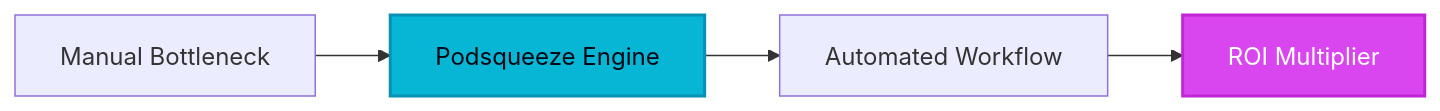
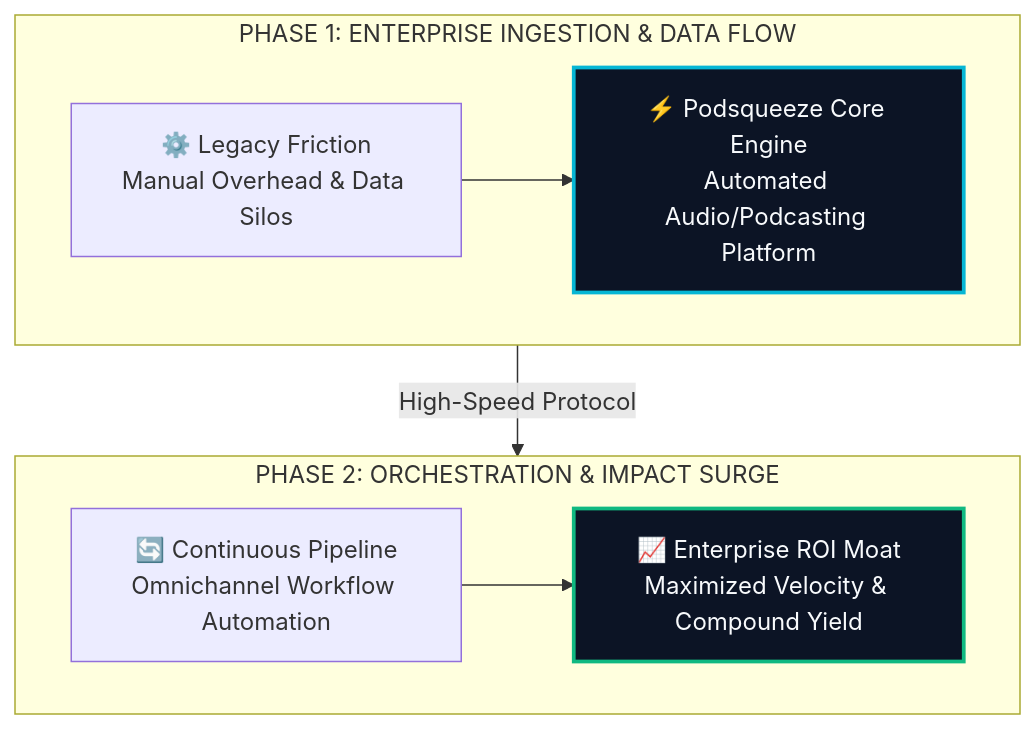
One commit to heliatech-media/saas-radar changed the diagram in site/src/content/blog/podsqueeze-evolution-guide-2026.md. Above: the diagram before and after it, drawn with Mermaid. The commit also changed 97 other files, not shown here.

First line of the commit message:
feat(diagrams): upgrade all article architecture schemas to high-impact 2-tier responsive vector blueprints

````diff
--- a/site/src/content/blog/podsqueeze-evolution-guide-2026.md
+++ b/site/src/content/blog/podsqueeze-evolution-guide-2026.md
@@ -96,8 +96,14 @@
 ```mermaid
-flowchart LR
-    A[Manual Bottleneck] --> B[Podsqueeze Engine]
-    B --> C[Automated Workflow]
-    C --> D[ROI Multiplier]
-    style B fill:#06b6d4,stroke:#0891b2,stroke-width:2px,color:#030712
-    style D fill:#d946ef,stroke:#c026d3,stroke-width:2px,color:#ffffff
+flowchart TD
+    subgraph S1["PHASE 1: ENTERPRISE INGESTION & DATA FLOW"]
+        direction LR
+        A["⚙️ Legacy Friction<br/>Manual Overhead & Data Silos"] --> B["⚡ Podsqueeze Core Engine<br/>Automated Audio/Podcasting Platform"]
+    end
+    subgraph S2["PHASE 2: ORCHESTRATION & IMPACT SURGE"]
+        direction LR
+        C["🔄 Continuous Pipeline<br/>Omnichannel Workflow Automation"] --> D["📈 Enterprise ROI Moat<br/>Maximized Velocity & Compound Yield"]
+    end
+    S1 -->|High-Speed Protocol| S2
+    style B fill:#0c1425,stroke:#06b6d4,stroke-width:2.5px,color:#f8fafc
+    style D fill:#0c1425,stroke:#10b981,stroke-width:2.5px,color:#f8fafc
 ```
````
